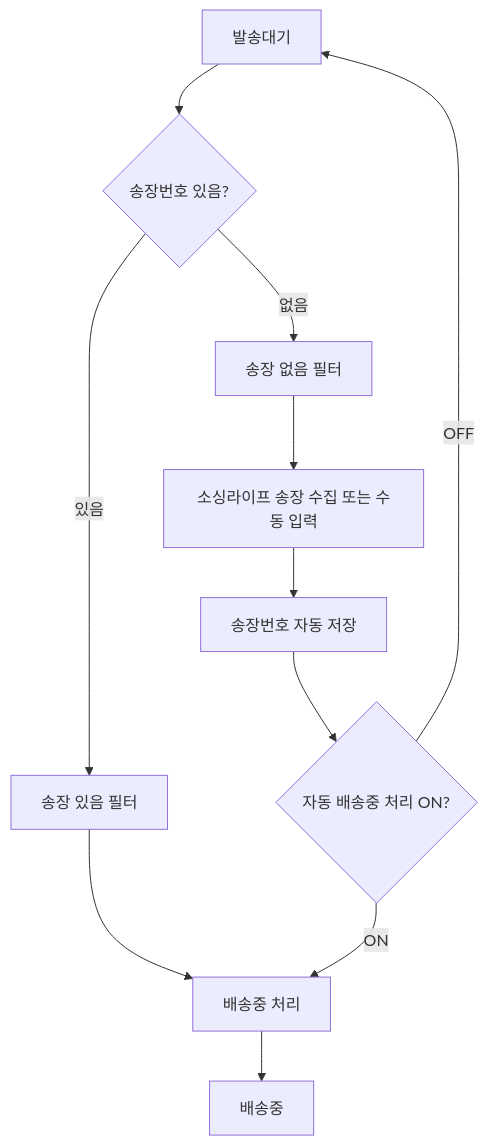
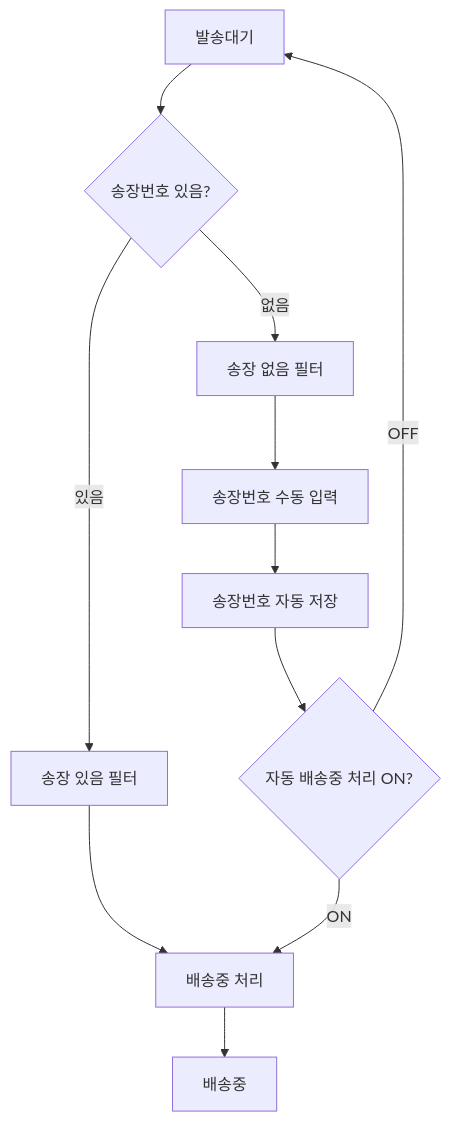
One commit to moonceo/Jmpp changed the fifth of 5 diagrams in docs/08_유저플로우/01_주문처리_유저플로우.md. Above: the diagram before and after it, drawn with Mermaid. The commit also changed other lines of this file and 37 other files, not shown here.

````diff
--- a/docs/08_유저플로우/01_주문처리_유저플로우.md
+++ b/docs/08_유저플로우/01_주문처리_유저플로우.md
@@ -97,13 +97,13 @@
 ```mermaid
 flowchart TD
     A["발송대기"] --> B{"송장번호 있음?"}
     B -->|"없음"| C["송장 없음 필터"]
-    C --> D["소싱라이프 송장 수집 또는 수동 입력"]
+    C --> D["송장번호 수동 입력"]
     D --> E["송장번호 자동 저장"]
     B -->|"있음"| F["송장 있음 필터"]
     E --> G{"자동 배송중 처리 ON?"}
     F --> H["배송중 처리"]
     G -->|"ON"| H
     G -->|"OFF"| A
     H --> I["배송중"]
 ```
````
